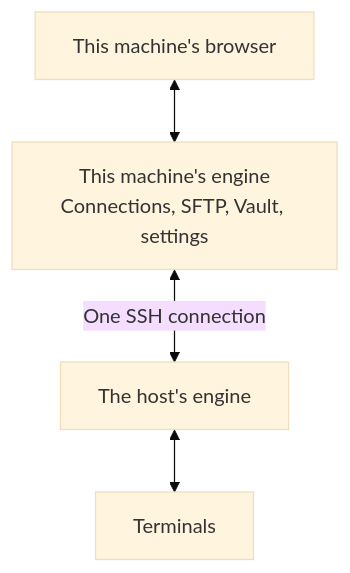
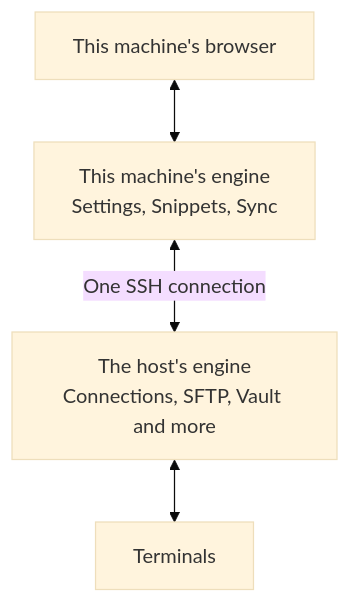
The diagram in pages/en/features/remote-session.md (aida0710/sshc), drawn with Mermaid (base theme) before and after one commit. The commit also changed other lines of this file and 2 other files, not shown here.

Commit message:
test: リモートセッションのターミナルから開く SFTP が、そのセッションの sshc エンジンのものかを確かめる。文書の古い記述を直す (#864)
- e2e: bastion を選び、bastion にだけある接続名のセッションで［現在のフォルダをSFTPで開く］を押すと、要求が bastion の SFTP へ行き、このマシンの SFTP へは行かない
- remote-session.md（日英）: パスのプレビューと［現在のフォルダをSFTPで開く］の条件（このマシンに同じ接続名があるときだけ）を、今の動きに直す。しくみの説明と図も、取り次ぐのがターミナルだけではない形に直す

````diff
--- a/pages/en/features/remote-session.md
+++ b/pages/en/features/remote-session.md
@@ -140,6 +140,6 @@
 ```mermaid
 flowchart TD
-  browser["This machine's browser"] <--> local["This machine's engine<br/>Connections, SFTP, Vault, settings"]
-  local <-- "One SSH connection" --> remote["The host's engine"]
+  browser["This machine's browser"] <--> local["This machine's engine<br/>Settings, Snippets, Sync"]
+  local <-- "One SSH connection" --> remote["The host's engine<br/>Connections, SFTP, Vault and more"]
   remote <--> shell["Terminals"]
 ```
````
